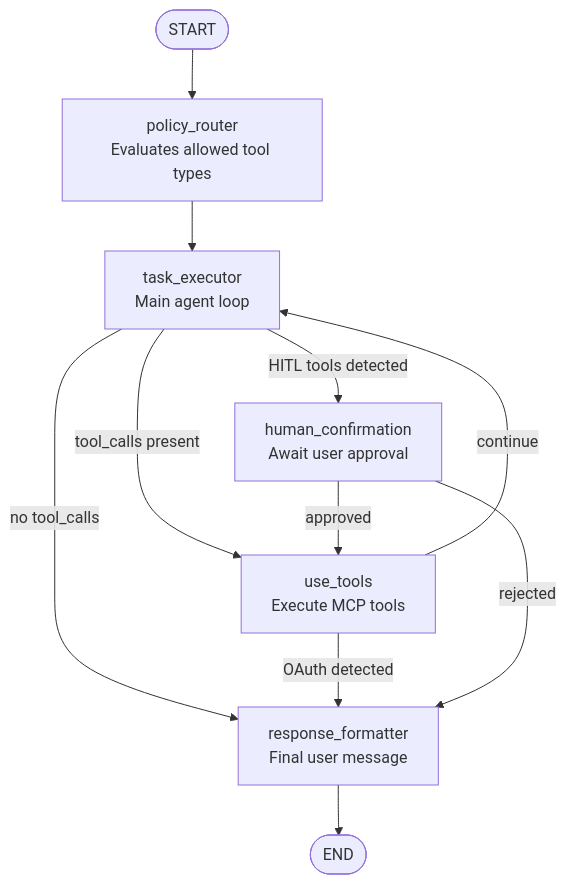
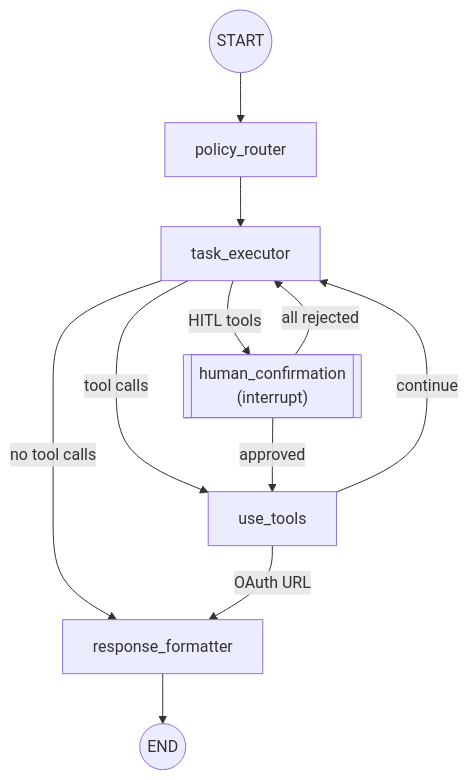
Before and after one commit to frnnk/msg-agent: the diagram in README.md, drawn with Mermaid. The commit also changed other lines of this file, not shown here.

Commit message:
readme diagram update

````diff
--- a/README.md
+++ b/README.md
@@ -7,20 +7,18 @@
 ```mermaid
 flowchart TD
-    START([START]) --> policy_router
-    policy_router[policy_router<br/>Evaluates allowed tool types] --> task_executor
-    task_executor[task_executor<br/>Main agent loop]
+    START((START)) --> policy_router
+    policy_router --> task_executor
 
-    task_executor -->|tool_calls present| use_tools
-    task_executor -->|no tool_calls| response_formatter
-    task_executor -->|HITL tools detected| human_confirmation
+    task_executor -->|HITL tools| human_confirmation
+    task_executor -->|tool calls| use_tools
+    task_executor -->|no tool calls| response_formatter
 
-    use_tools[use_tools<br/>Execute MCP tools]
-    human_confirmation[human_confirmation<br/>Await user approval]
+    human_confirmation[["human_confirmation<br/>(interrupt)"]]
+    human_confirmation -->|approved| use_tools
+    human_confirmation -->|all rejected| task_executor
 
-    use_tools -->|OAuth detected| response_formatter
+    use_tools -->|OAuth URL| response_formatter
     use_tools -->|continue| task_executor
-    human_confirmation -->|approved| use_tools
-    human_confirmation -->|rejected| response_formatter
 
-    response_formatter[response_formatter<br/>Final user message] --> END([END])
+    response_formatter --> END((END))
 ```
````
